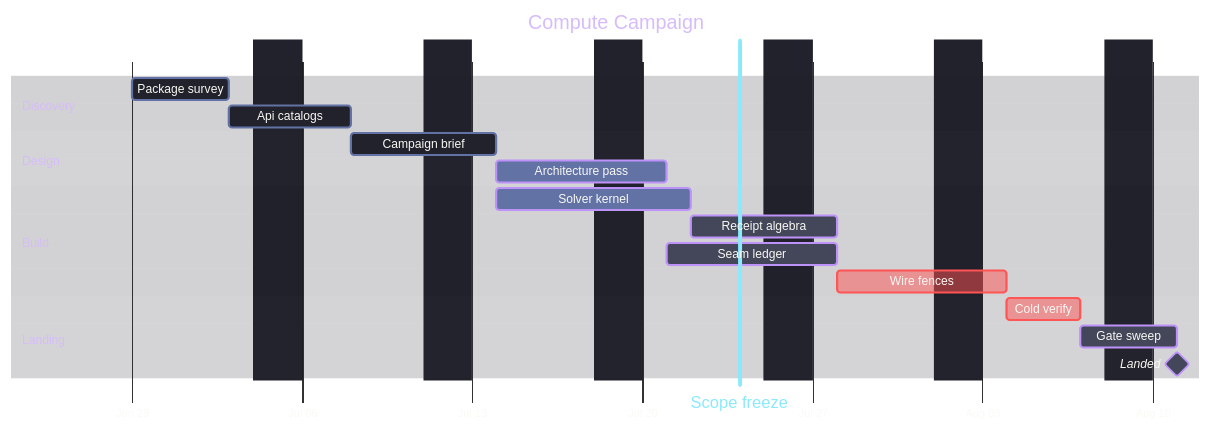
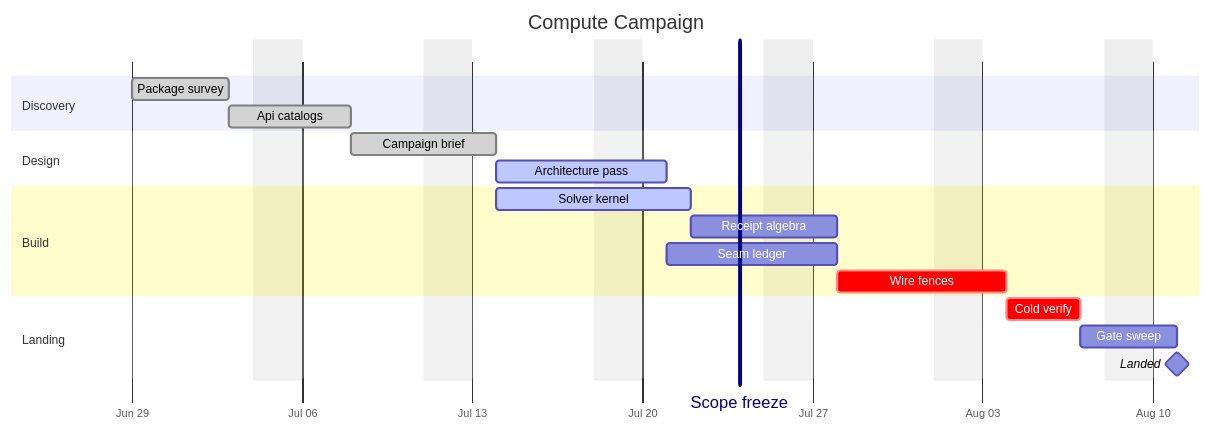
One commit to bsamiee/Rasm changed the diagram in .claude/skills/mermaid-diagramming/templates/schedule.mmd.md. Above: the diagram before and after it, drawn with Mermaid. The commit also changed other lines of this file and 28 other files, not shown here.

Commit message:
skills(docgen+mermaid): payload-only diagram law — docgen gate/fixer strips fence styling; mermaid bundle sheds the styling canon, theming survives as one opt-in reference

````diff
--- a/.claude/skills/mermaid-diagramming/templates/schedule.mmd.md
+++ b/.claude/skills/mermaid-diagramming/templates/schedule.mmd.md
@@ -5,66 +5,37 @@
 ```mermaid
 ---
 config:
-  theme: base
-  look: classic
   gantt:
     barHeight: 20
     barGap: 5
     topPadding: 70
     leftPadding: 110
     rightPadding: 40
     gridLineStartPadding: 35
-  themeVariables:
-    darkMode: true
-    fontFamily: "SF Mono, Menlo, Cascadia Mono, Segoe UI Mono, Consolas, monospace"
-    useGradient: false
-    dropShadow: "none"
-    textColor: "#F8F8F2"
-    titleColor: "#D6BCFA"
-    taskTextColor: "#F8F8F2"
-    taskTextOutsideColor: "#F8F8F2"
-    taskTextDarkColor: "#F8F8F2"
-    gridColor: "#6272A4"
-    excludeBkgColor: "#21222C"
-    sectionBkgColor: "#21222C"
-    sectionBkgColor2: "#21222C"
-    altSectionBkgColor: "#282A36"
-    taskBkgColor: "#44475A"
-    taskBorderColor: "#BD93F9"
-    activeTaskBkgColor: "#6272A4"
-    activeTaskBorderColor: "#BD93F9"
-    doneTaskBkgColor: "#21222C"
-    doneTaskBorderColor: "#6272A4"
-    critBkgColor: "#FF555580"
-    critBorderColor: "#FF5555"
-    todayLineColor: "#FF79C6"
-    vertLineColor: "#8BE9FD"
-  themeCSS: ".sectionTitle{font-size:13.5px;font-weight:700;fill:#D6BCFA}.taskText,.taskTextOutsideRight,.taskTextOutsideLeft{font-size:12px}.grid .tick text{font-size:11px}.titleText{font-size:15px;font-weight:600}.vert{fill-opacity:.35;stroke-opacity:.6}.vertText{font-size:11px}"
 ---
 gantt
   accTitle: Compute campaign schedule
   accDescr: A six-week compute campaign from survey and brief through parallel kernel and seam workstreams, gated by a scope freeze, converging on a verified landing milestone.
   title Compute Campaign
   dateFormat YYYY-MM-DD
   axisFormat %b %d
   tickInterval 1week
   weekday monday
   excludes weekends
-  todayMarker stroke-width:2px,stroke:#FF79C6,opacity:0.55
   section Discovery
   Package survey :done, d1, 2026-06-29, 4d
   Api catalogs :done, d2, after d1, 3d
   section Design
   Campaign brief :done, b1, after d2, 4d
   Architecture pass :active, b2, after b1, 5d
   Scope freeze :vert, v1, 2026-07-24, 0d
   section Build
   Solver kernel :active, k1, after b1, 6d
   Receipt algebra :k2, after k1, 4d
   Seam ledger :s1, after b2, 5d
   Wire fences :crit, s2, after s1, 5d
   section Landing
   Cold verify :crit, l1, after k2 s2, 3d
   Gate sweep :l2, after l1, 2d
   Landed :milestone, m1, after l2, 0d
 ```
````
